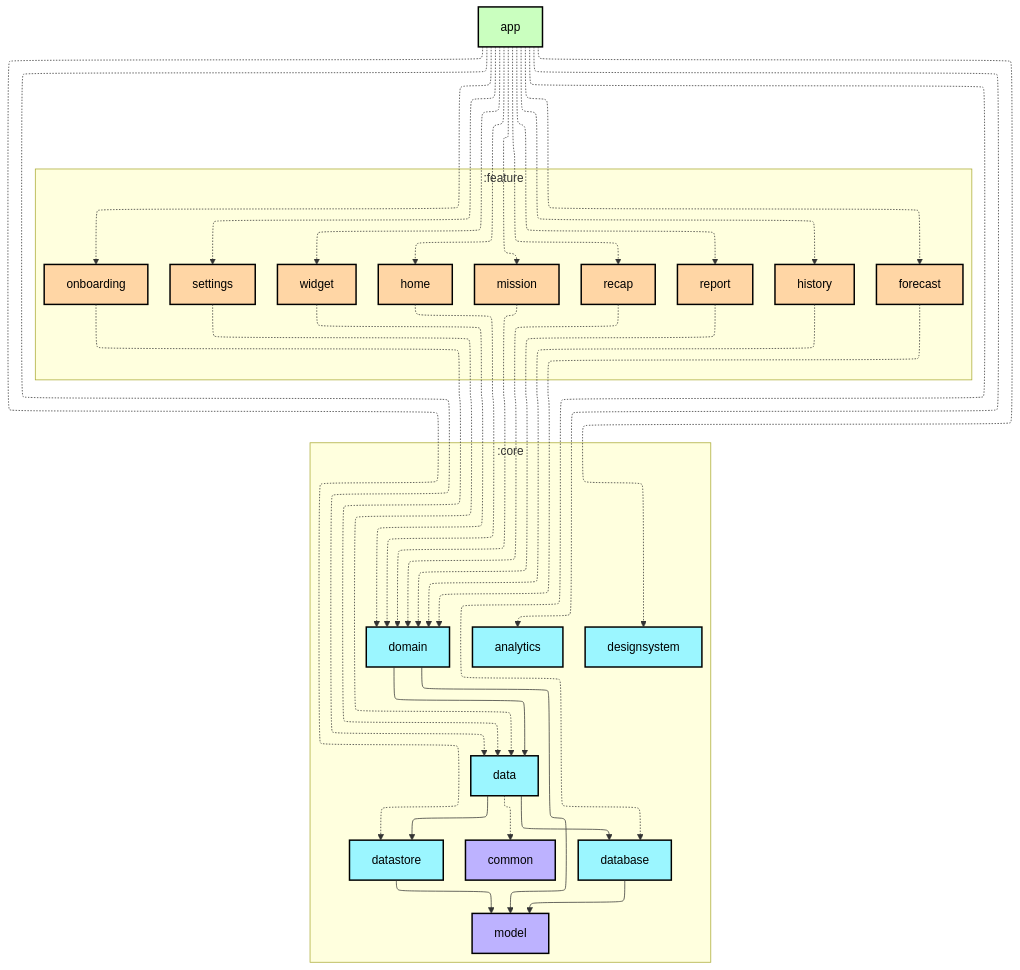
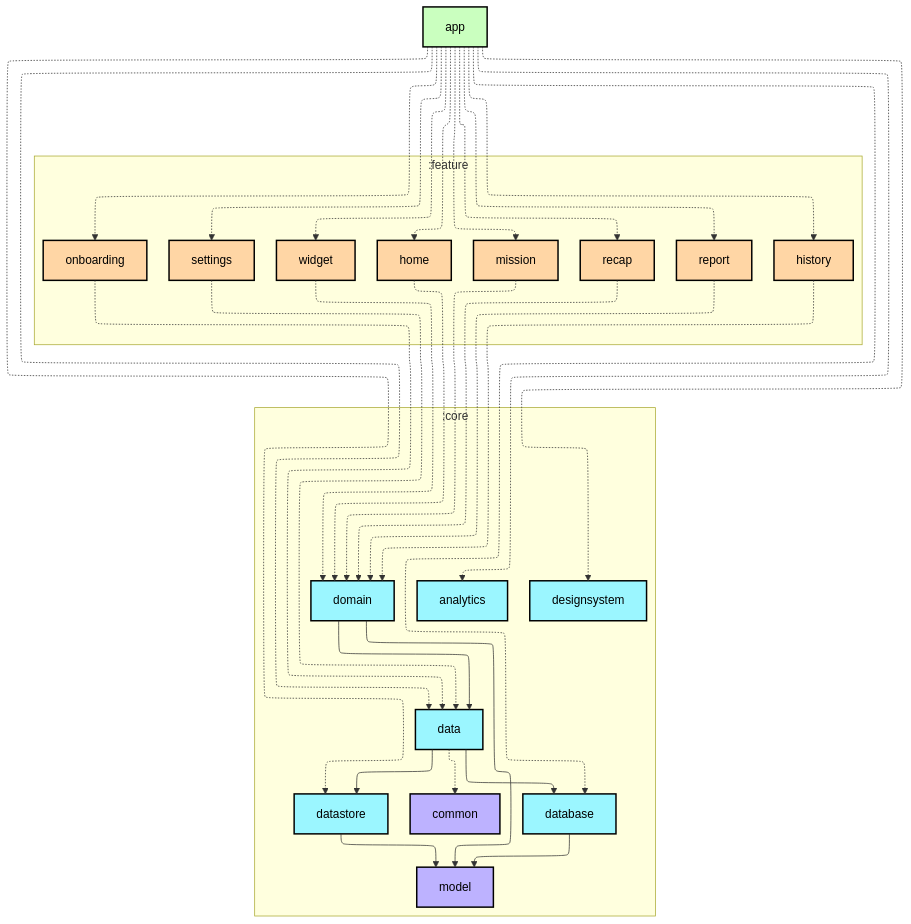
The first of 2 diagrams in app/README.md (Sunior-k/walklog), drawn with Mermaid before and after one commit. The commit also changed 16 other files, not shown here.

````diff
--- a/app/README.md
+++ b/app/README.md
@@ -8,74 +8,71 @@
 ```mermaid
 ---
 config:
   layout: elk
   elk:
     nodePlacementStrategy: SIMPLE
 ---
 graph TB
   :app[app]:::android-application
 
   subgraph :feature
     direction TB
     :feature:home[home]:::android-feature
     :feature:mission[mission]:::android-feature
     :feature:recap[recap]:::android-feature
     :feature:report[report]:::android-feature
     :feature:history[history]:::android-feature
-    :feature:forecast[forecast]:::android-feature
     :feature:onboarding[onboarding]:::android-feature
     :feature:settings[settings]:::android-feature
     :feature:widget[widget]:::android-feature
   end
 
   subgraph :core
     direction TB
     :core:domain[domain]:::android-library
     :core:data[data]:::android-library
     :core:database[database]:::android-library
     :core:datastore[datastore]:::android-library
     :core:common[common]:::jvm-library
     :core:model[model]:::jvm-library
     :core:analytics[analytics]:::android-library
     :core:designsystem[designsystem]:::android-library
   end
 
   :app -.-> :feature:home
   :app -.-> :feature:mission
   :app -.-> :feature:recap
   :app -.-> :feature:report
   :app -.-> :feature:history
-  :app -.-> :feature:forecast
   :app -.-> :feature:onboarding
   :app -.-> :feature:settings
   :app -.-> :feature:widget
   :app -.-> :core:analytics
   :app -.-> :core:data
   :app -.-> :core:database
   :app -.-> :core:datastore
   :app -.-> :core:designsystem
 
   :feature:home -.-> :core:domain
   :feature:mission -.-> :core:domain
   :feature:recap -.-> :core:domain
   :feature:report -.-> :core:domain
   :feature:history -.-> :core:domain
-  :feature:forecast -.-> :core:domain
   :feature:widget -.-> :core:domain
   :feature:onboarding -.-> :core:data
   :feature:settings -.-> :core:data
 
   :core:domain --> :core:data
   :core:domain --> :core:model
   :core:data --> :core:database
   :core:data --> :core:datastore
   :core:data -.-> :core:common
   :core:database --> :core:model
   :core:datastore --> :core:model
 
 classDef android-application fill:#CAFFBF,stroke:#000,stroke-width:2px,color:#000;
 classDef android-feature fill:#FFD6A5,stroke:#000,stroke-width:2px,color:#000;
 classDef android-library fill:#9BF6FF,stroke:#000,stroke-width:2px,color:#000;
 classDef android-test fill:#A0C4FF,stroke:#000,stroke-width:2px,color:#000;
 classDef jvm-library fill:#BDB2FF,stroke:#000,stroke-width:2px,color:#000;
 ```
````
